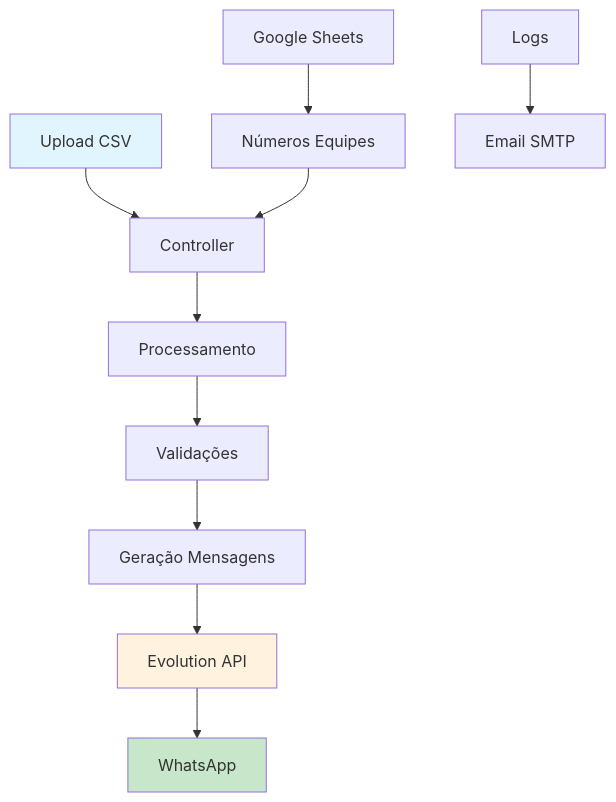
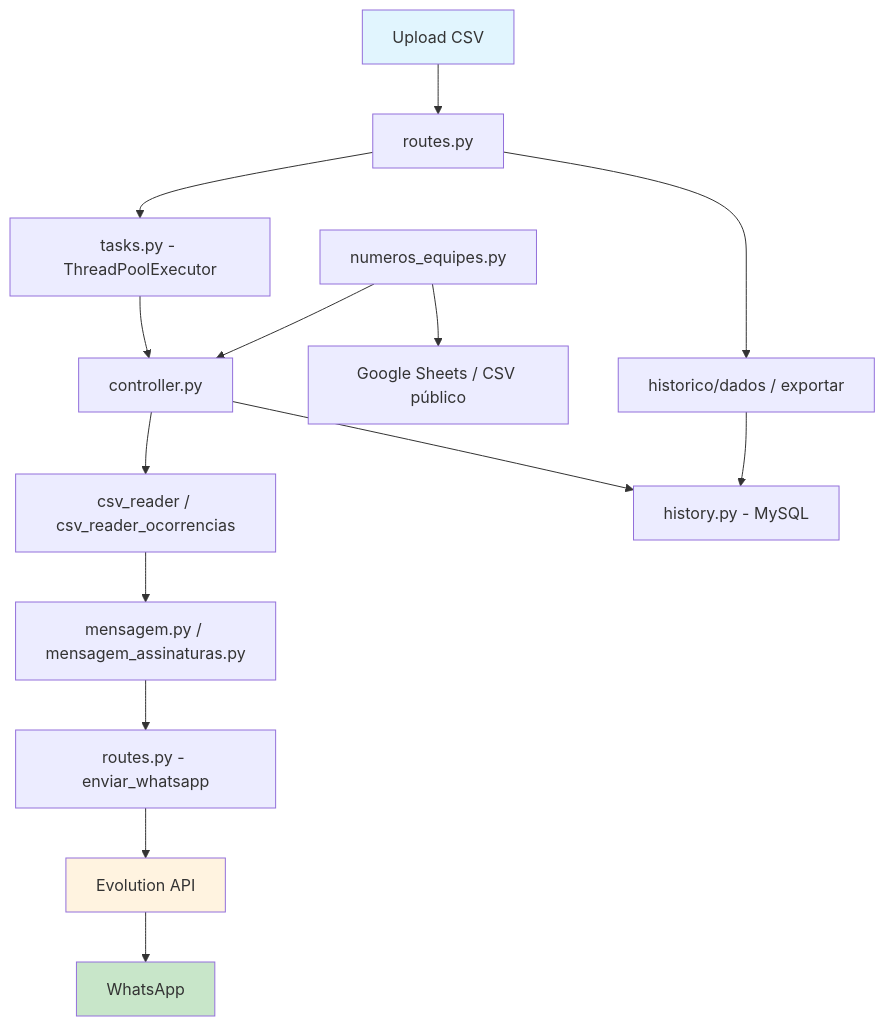
The diagram in README.md (DiLucaYVL/disparador_wpp_pontomais), drawn with Mermaid before and after one commit. The commit also changed other lines of this file and 6 other files, not shown here.

Commit message:
feat: mapear setor Tech, atualizar documentacao e ajustar status do WhatsApp

````diff
--- a/README.md
+++ b/README.md
@@ -72,18 +81,22 @@
 ```mermaid
 graph TB
-    A[Upload CSV] --> B[Controller]
-    B --> C[Processamento]
-    C --> D[Validações]
-    D --> E[Geração Mensagens]
-    E --> F[Evolution API]
-    F --> G[WhatsApp]
-    
-    H[Google Sheets] --> I[Números Equipes]
-    I --> B
-    
-    J[Logs] --> K[Email SMTP]
-    
+    A[Upload CSV] --> B[routes.py]
+    B --> C[tasks.py - ThreadPoolExecutor]
+    C --> D[controller.py]
+    D --> E[csv_reader / csv_reader_ocorrencias]
+    E --> F["mensagem.py / mensagem_assinaturas.py"]
+    F --> G[routes.py - enviar_whatsapp]
+    G --> H[Evolution API]
+    H --> I[WhatsApp]
+
+    J[numeros_equipes.py] --> D
+    J --> K["Google Sheets / CSV público"]
+
+    D --> L[history.py - MySQL]
+    B --> M["historico/dados / exportar"]
+    M --> L
+
     style A fill:#e1f5fe
-    style G fill:#c8e6c9
-    style F fill:#fff3e0
+    style I fill:#c8e6c9
+    style H fill:#fff3e0
 ```
````
